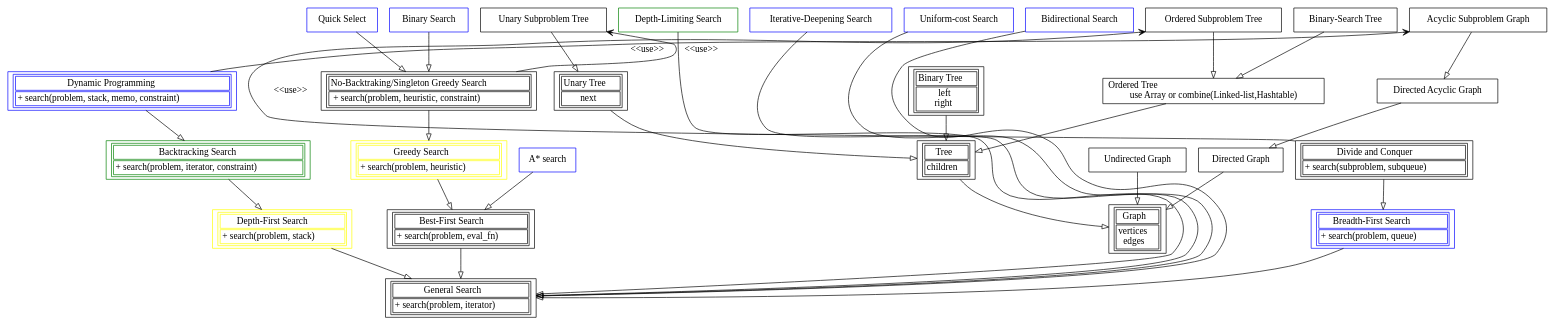
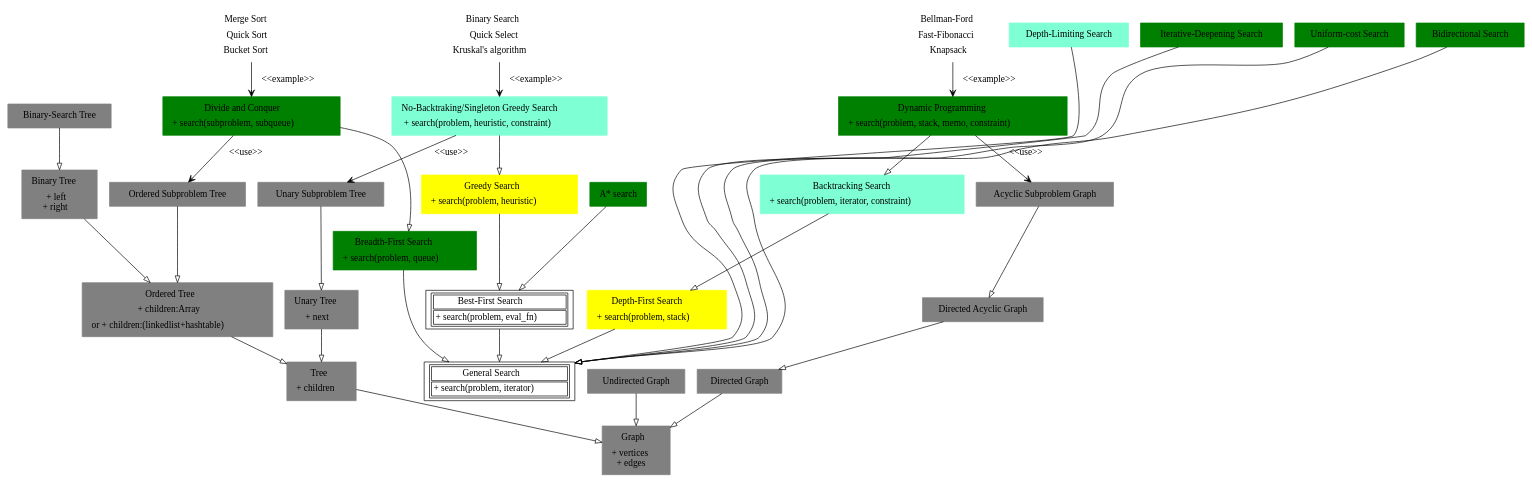
One commit to kamanashisroy/algosnippet changed the diagram in mindmap/mindmap.dot. Above: the diagram before and after it, drawn with Graphviz. The commit also changed 1 other file, not shown here.

```diff
--- a/mindmap/mindmap.dot
+++ b/mindmap/mindmap.dot
@@ -1,133 +1,163 @@
 digraph G {
         fontname = "Bitstream Vera Sans"
         fontsize = 8
 	node [
 		shape = "record"
 	]
 
 	edge [
                 arrowhead = "empty"
         ]
 
 	aGraph [
-		label = <<table><tr><td>Graph</td></tr><tr><td>vertices<br/>edges</td></tr></table>>
+		label = <<table><tr><td>Graph</td></tr><tr><td>+ vertices<br/>+ edges</td></tr></table>>
+		color = "grey" style = "filled"
 	]
 
 	Tree [
-		label = <<table><tr><td>Tree</td></tr><tr><td>children</td></tr></table>>
+		label = <<table><tr><td>Tree</td></tr><tr><td>+ children</td></tr></table>>
+		color = "grey" style = "filled"
 	]
 	Tree -> aGraph
 
 	OrderedTree [
-		label = "Ordered Tree\luse Array or combine(Linked-list,Hashtable)"
+		label = <<table><tr><td>Ordered Tree</td></tr><tr><td>+ children:Array</td></tr><tr><td>or + children:(linkedlist+hashtable)</td></tr></table>>
+		color = "grey" style = "filled"
 	]
 	OrderedTree -> Tree
 
-	BinarySearchTree [ label = "Binary-Search Tree"]
-	BinarySearchTree -> OrderedTree
+	BinarySearchTree [ label = "Binary-Search Tree" color = "grey" style = "filled"]
+	BinarySearchTree -> BinaryTree
 	
 	UnaryTree [
-		label = <<table><tr><td>Unary Tree</td></tr><tr><td>next</td></tr></table>>
+		label = <<table><tr><td>Unary Tree</td></tr><tr><td>+ next</td></tr></table>>
+		color = "grey" style = "filled"
 	]
 	UnaryTree -> Tree
 
-	UnarySubproblemTree [ label = "Unary Subproblem Tree"]
+	UnarySubproblemTree [ label = "Unary Subproblem Tree" color = "grey" style = "filled"]
 	UnarySubproblemTree -> UnaryTree
 
 	BinaryTree [
-		label = <<table><tr><td>Binary Tree</td></tr><tr><td>left<br/>right</td></tr></table>>
+		label = <<table><tr><td>Binary Tree</td></tr><tr><td>+ left<br/>+ right</td></tr></table>>
+		color = "grey" style = "filled"
 	]
-	BinaryTree -> Tree
+	BinaryTree -> OrderedTree
 
-	OrderedSubproblemTree [ label = "Ordered Subproblem Tree"]
+	OrderedSubproblemTree [ label = "Ordered Subproblem Tree" color = "grey" style = "filled"]
 	OrderedSubproblemTree -> OrderedTree
 
-	DirectedGraph [label = "Directed Graph"]
+	DirectedGraph [label = "Directed Graph" color = "grey" style = "filled"]
 	DirectedGraph -> aGraph
 
-	UnDirectedGraph [label = "Undirected Graph"]
+	UnDirectedGraph [label = "Undirected Graph" color = "grey" style = "filled"]
 	UnDirectedGraph -> aGraph
 
-	DAG [label = "Directed Acyclic Graph"]
+	DAG [label = "Directed Acyclic Graph" color = "grey" style = "filled"]
 	DAG -> DirectedGraph
 
-	AcyclicSubProblemGraph [label = "Acyclic Subproblem Graph"]
+	AcyclicSubProblemGraph [label = "Acyclic Subproblem Graph" color = "grey" style = "filled"]
 	AcyclicSubProblemGraph -> DAG
 
 
 	GeneralSearch [
 		label = <<table><tr><td>General Search</td></tr><tr><td>+ search(problem, iterator)</td></tr></table>>
 	]
 
 	BreadthFirstSearch [
 		label = <<table><tr><td>Breadth-First Search</td></tr><tr><td>+ search(problem, queue)</td></tr></table>>
-		color=blue
+		color=green
+		style="filled"
 	]
 	BreadthFirstSearch -> GeneralSearch
 
 	DivideAndConquer [
 		label = <<table><tr><td>Divide and Conquer</td></tr><tr><td>+ search(subproblem, subqueue)</td></tr></table>>
+		color=green
+		style="filled"
 	]
 	DivideAndConquer -> BreadthFirstSearch
-	DivideAndConquer -> OrderedSubproblemTree [arrowhead = "open" constraint="false" shape="dashed" label="<<use>>"]
+	DivideAndConquer -> OrderedSubproblemTree [arrowhead = "open" shape="dashed" label="<<use>>"]
+
+	DivideAndConquerNote [
+		label = <<table><tr><td>Merge Sort</td></tr><tr><td>Quick Sort</td></tr><tr><td>Bucket Sort</td></tr></table>>
+		color=white
+		style="filled"
+	]
+	DivideAndConquerNote -> DivideAndConquer [arrowhead = "open" shape="dashed" label="<<example>>"]
 
 	DepthFirstSearch [
 		label = <<table><tr><td>Depth-First Search</td></tr><tr><td>+ search(problem, stack)</td></tr></table>>
 		color=yellow
+		style="filled"
 	]
 	DepthFirstSearch -> GeneralSearch
 
 	BacktrackingSearch [
 		label = <<table><tr><td>Backtracking Search</td></tr><tr><td>+ search(problem, iterator, constraint)</td></tr></table>>
-		color=green
+		color=aquamarine
+		style="filled"
 	]
 	BacktrackingSearch-> DepthFirstSearch
 
 	DynamicProgramming [
 		label = <<table><tr><td>Dynamic Programming</td></tr><tr><td>+ search(problem, stack, memo, constraint)</td></tr></table>>
-		color="blue"
+		color="green"
+		style="filled"
 	]
 	DynamicProgramming -> BacktrackingSearch
-	DynamicProgramming -> AcyclicSubProblemGraph [arrowhead = "open" constraint="false" shape="dashed" label="<<use>>"]
+	DynamicProgramming -> AcyclicSubProblemGraph [arrowhead = "open" shape="dashed" label="<<use>>"]
 
-	DepthLimitingSearch [ label = "Depth-Limiting Search" color=green ]
+	DynamicProgrammingNote [
+		label = <<table><tr><td>Bellman-Ford</td></tr><tr><td>Fast-Fibonacci</td></tr><tr><td>Knapsack</td></tr></table>>
+		color=white
+		style="filled"
+	]
+	DynamicProgrammingNote -> DynamicProgramming [arrowhead = "open" shape="dashed" label="<<example>>"]
+
+	DepthLimitingSearch [ label = "Depth-Limiting Search" color=aquamarine style="filled" ]
 	DepthLimitingSearch -> GeneralSearch [constraint = "false"]
 
-	IterativeDeepeningSearch [ label = "Iterative-Deepening Search" color=blue ]
+	IterativeDeepeningSearch [ label = "Iterative-Deepening Search" color=green style="filled" ]
 	IterativeDeepeningSearch -> GeneralSearch [constraint = "false"]
 
-	UniformCostSearch [ label = "Uniform-cost Search" color=blue ]
+	UniformCostSearch [ label = "Uniform-cost Search" color=green style="filled" ]
 	UniformCostSearch -> GeneralSearch [constraint = "false"]
 
-	BidirectionalSearch [ label = "Bidirectional Search" color=blue ]
+	BidirectionalSearch [ label = "Bidirectional Search" color=green style="filled" ]
 	BidirectionalSearch -> GeneralSearch [constraint = "false"]
 
 	BestFirstSearch [
 		label = <<table><tr><td>Best-First Search</td></tr><tr><td>+ search(problem, eval_fn)</td></tr></table>>
 	]
 	BestFirstSearch -> GeneralSearch
 
 	GreedySearch [
 		label = <<table><tr><td>Greedy Search</td></tr><tr><td>+ search(problem, heuristic)</td></tr></table>>
 		color = yellow
+		style="filled"
 	]
 	GreedySearch -> BestFirstSearch
 
 	SingletonGreedySearch [
 		label = <<table><tr><td>No-Backtraking/Singleton Greedy Search</td></tr><tr><td>+ search(problem, heuristic, constraint)</td></tr></table>>
+		color=aquamarine
+		style="filled"
 	]
 	SingletonGreedySearch -> GreedySearch
 	SingletonGreedySearch -> UnarySubproblemTree [arrowhead = "open" constraint="false" shape="dashed" label="<<use>>"]
 
-	BinarySearch [ label = "Binary Search" color="blue" ]
-	BinarySearch -> SingletonGreedySearch
-
-	QuickSelect [ label = "Quick Select" color="blue" ]
-	QuickSelect -> SingletonGreedySearch
+	SingletonGreedySearchNote [
+		label = <<table><tr><td>Binary Search</td></tr><tr><td>Quick Select</td></tr><tr><td>Kruskal's algorithm</td></tr></table>>
+		color=white
+		style="filled"
+	]
+	SingletonGreedySearchNote -> SingletonGreedySearch [arrowhead = "open" shape="dashed" label="<<example>>"]
 
 	AStarSearch [
 		label = "A* search"
-		color = blue
+		color = green
+		style="filled"
 	]
 	AStarSearch -> BestFirstSearch
 }
```
